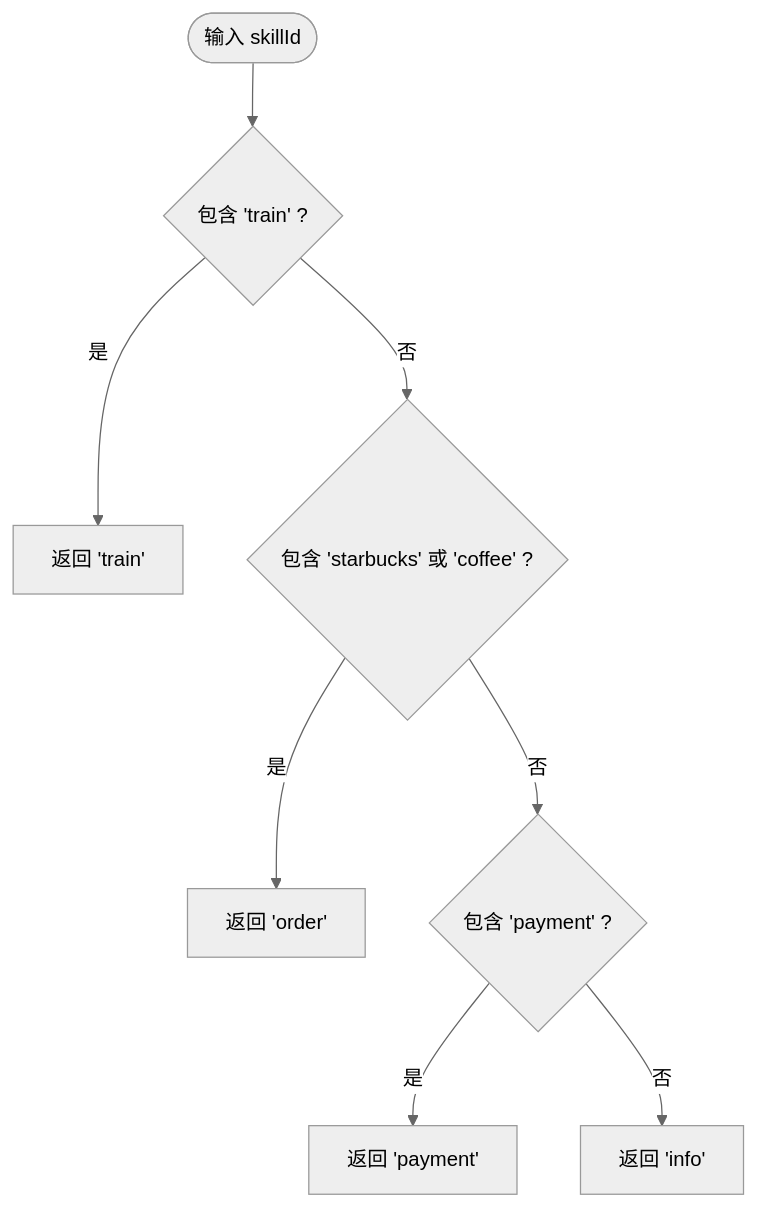
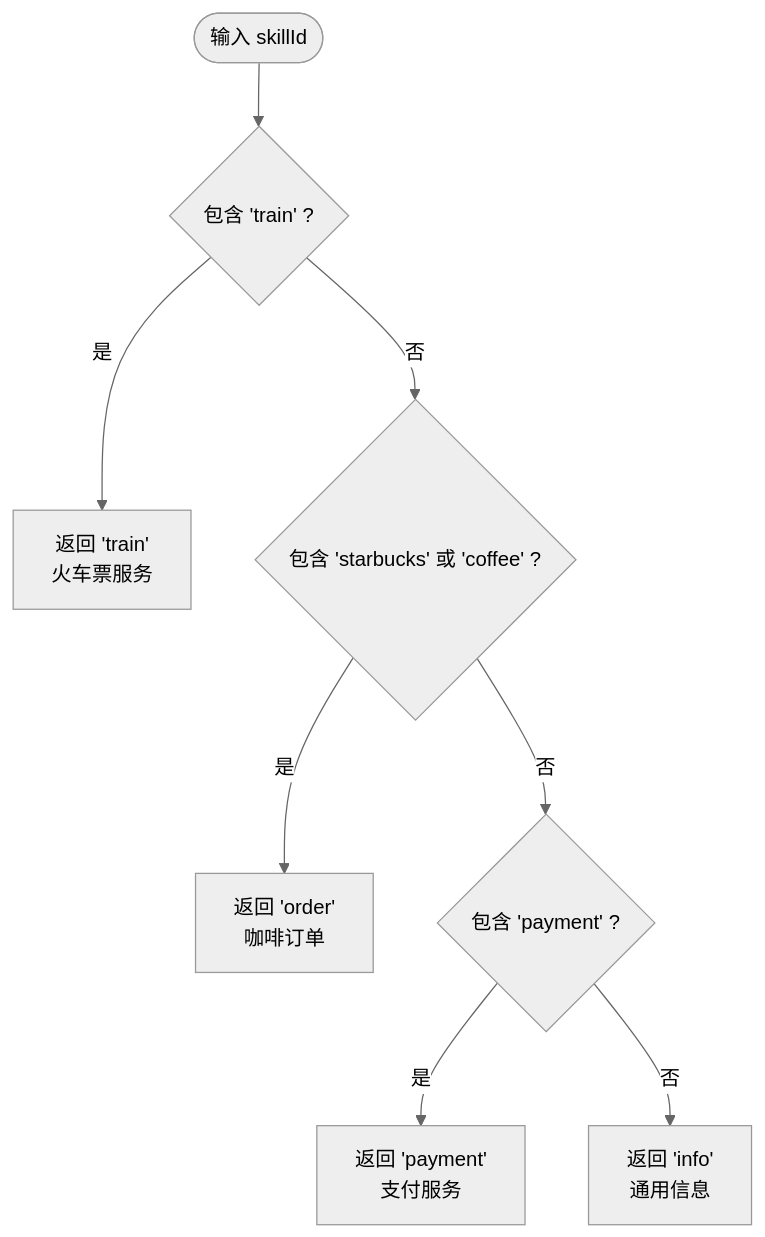
The fifth of 6 diagrams in .qoder/repowiki/zh/content/用户界面/交互层设计/卡片渲染引擎.md (Ichi-Hackton/WAIC-WeChat-MiniProgram), drawn with Mermaid (neutral theme) before and after one commit. The commit also changed other lines of this file and 33 other files, not shown here.

````diff
--- a/.qoder/repowiki/zh/content/用户界面/交互层设计/卡片渲染引擎.md
+++ b/.qoder/repowiki/zh/content/用户界面/交互层设计/卡片渲染引擎.md
@@ -190,10 +225,10 @@
 ```mermaid
 flowchart TD
 S(["输入 skillId"]) --> CheckTrain{"包含 'train' ?"}
-CheckTrain --> |是| T["返回 'train'"]
+CheckTrain --> |是| T["返回 'train'<br/>火车票服务"]
 CheckTrain --> |否| CheckCoffee{"包含 'starbucks' 或 'coffee' ?"}
-CheckCoffee --> |是| O["返回 'order'"]
+CheckCoffee --> |是| O["返回 'order'<br/>咖啡订单"]
 CheckCoffee --> |否| CheckPay{"包含 'payment' ?"}
-CheckPay --> |是| P["返回 'payment'"]
-CheckPay --> |否| I["返回 'info'"]
+CheckPay --> |是| P["返回 'payment'<br/>支付服务"]
+CheckPay --> |否| I["返回 'info'<br/>通用信息"]
 ```
````
